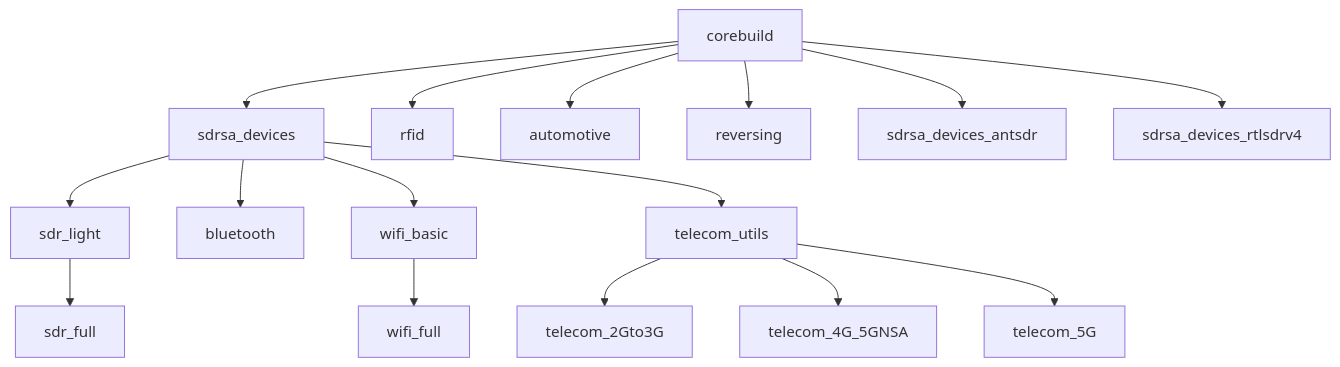
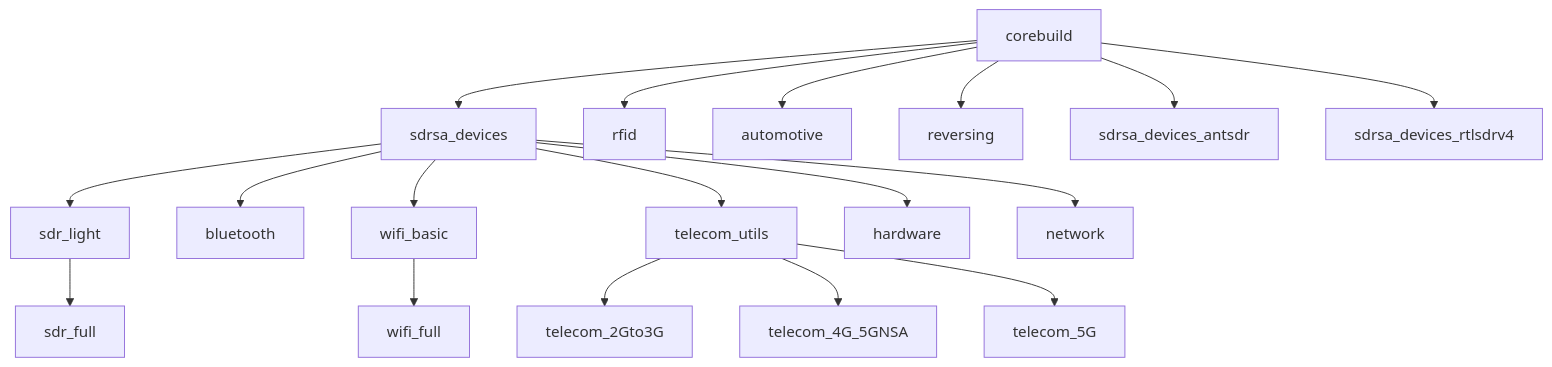
The diagram in content/docs/guide/list-of-images.md (PentHertz/rfswift-doc-v2), drawn with Mermaid before and after one commit. The commit also changed other lines of this file and 5 other files, not shown here.

Commit message:
updating the docs with Hardware + network and fixing new order

````diff
--- a/content/docs/guide/list-of-images.md
+++ b/content/docs/guide/list-of-images.md
@@ -63,18 +78,20 @@
 ```mermaid
 graph TD;
     A[corebuild]-->B[sdrsa_devices];
     A-->C[rfid];
     A-->D[automotive];
     A-->E[reversing];
     A-->F[sdrsa_devices_antsdr];
     A-->G[sdrsa_devices_rtlsdrv4];
     B[sdrsa_devices]-->H[sdr_light];
     B[sdrsa_devices]-->I[bluetooth];
     B[sdrsa_devices]-->J[wifi_basic];
     B[sdrsa_devices]-->L[telecom_utils];
+    B[sdrsa_devices]-->R[hardware];
+    B[sdrsa_devices]-->S[network];
     L-->M[telecom_2Gto3G];
     L-->N[telecom_4G_5GNSA];
     L-->O[telecom_5G];
     J-->P[wifi_full];
     H-->K[sdr_full]
 ```
````
